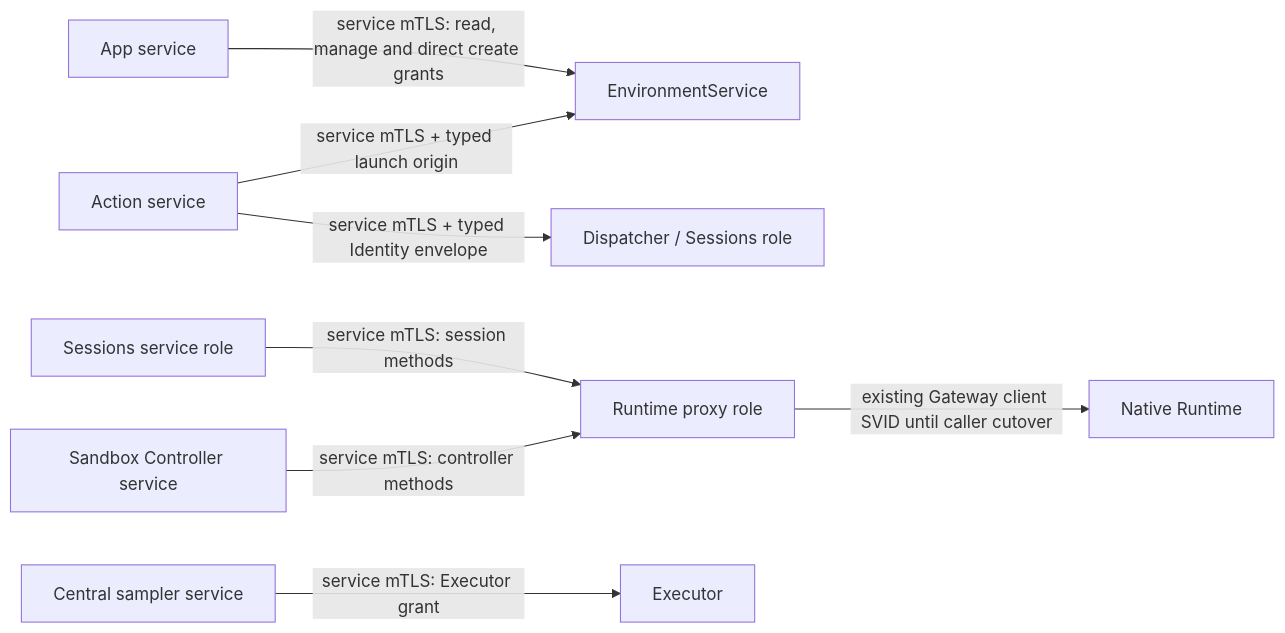
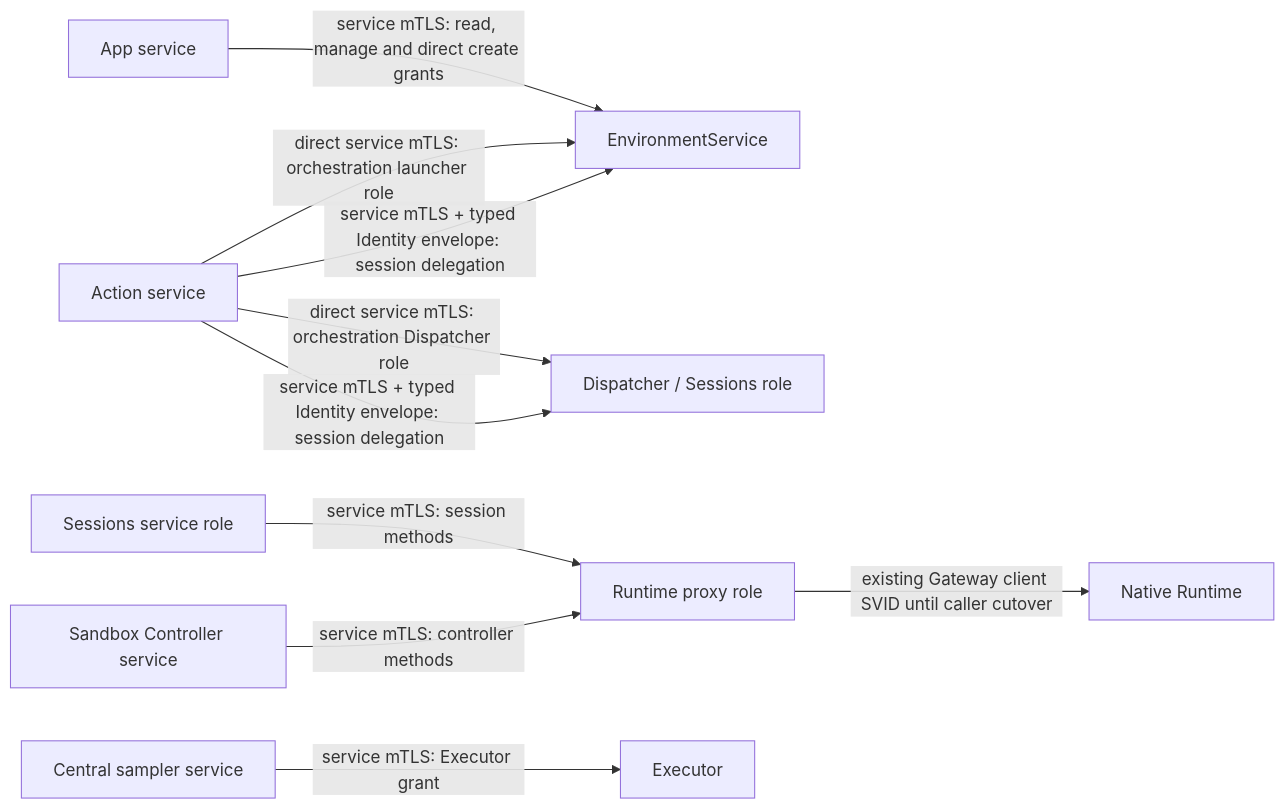
The third of 18 diagrams in agentplane/docs/system_overview.md (agentydragon/ducktape), drawn with Mermaid before and after one commit. The commit also changed other lines of this file and 3 other files, not shown here.

Commit message:
Grant Actions service SVID orchestration roles

````diff
--- a/agentplane/docs/system_overview.md
+++ b/agentplane/docs/system_overview.md
@@ -358,10 +364,12 @@
 ```mermaid
 flowchart LR
     app[App service] -->|service mTLS: read, manage and direct create grants| environments[EnvironmentService]
-    actions[Action service] -->|service mTLS + typed Identity envelope| dispatcher[Dispatcher / Sessions role]
-    actions -->|service mTLS + typed launch origin| environments
+    actions[Action service] -->|direct service mTLS: orchestration Dispatcher role| dispatcher[Dispatcher / Sessions role]
+    actions -->|service mTLS + typed Identity envelope: session delegation| dispatcher
+    actions -->|direct service mTLS: orchestration launcher role| environments
+    actions -->|service mTLS + typed Identity envelope: session delegation| environments
     sessions[Sessions service role] -->|service mTLS: session methods| proxy[Runtime proxy role]
     controller[Sandbox Controller service] -->|service mTLS: controller methods| proxy
     sampler[Central sampler service] -->|service mTLS: Executor grant| executor[Executor]
     proxy -->|existing Gateway client SVID until caller cutover| runtime[Native Runtime]
 ```
````
